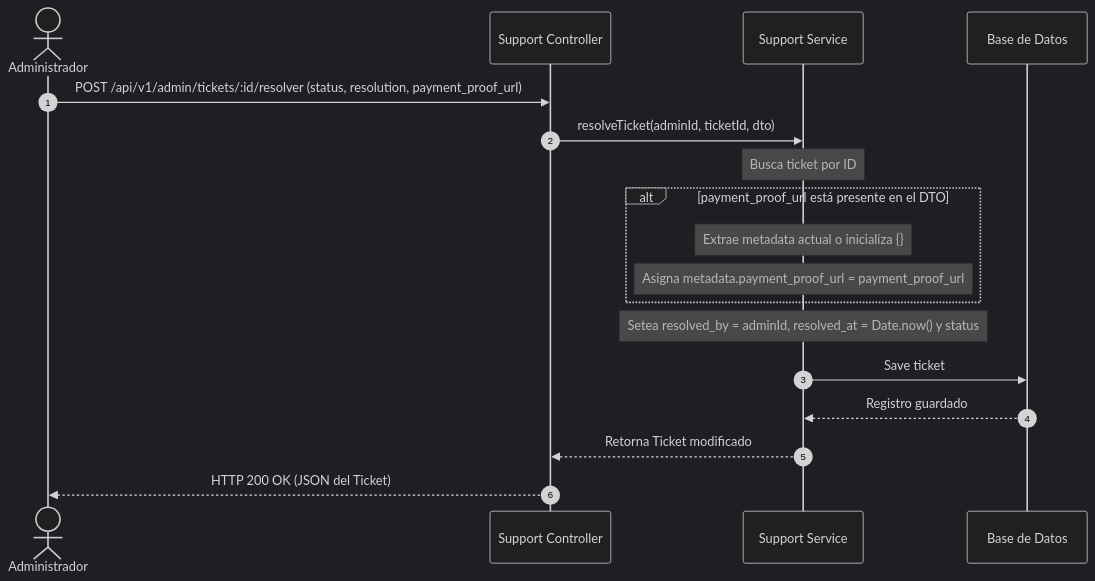
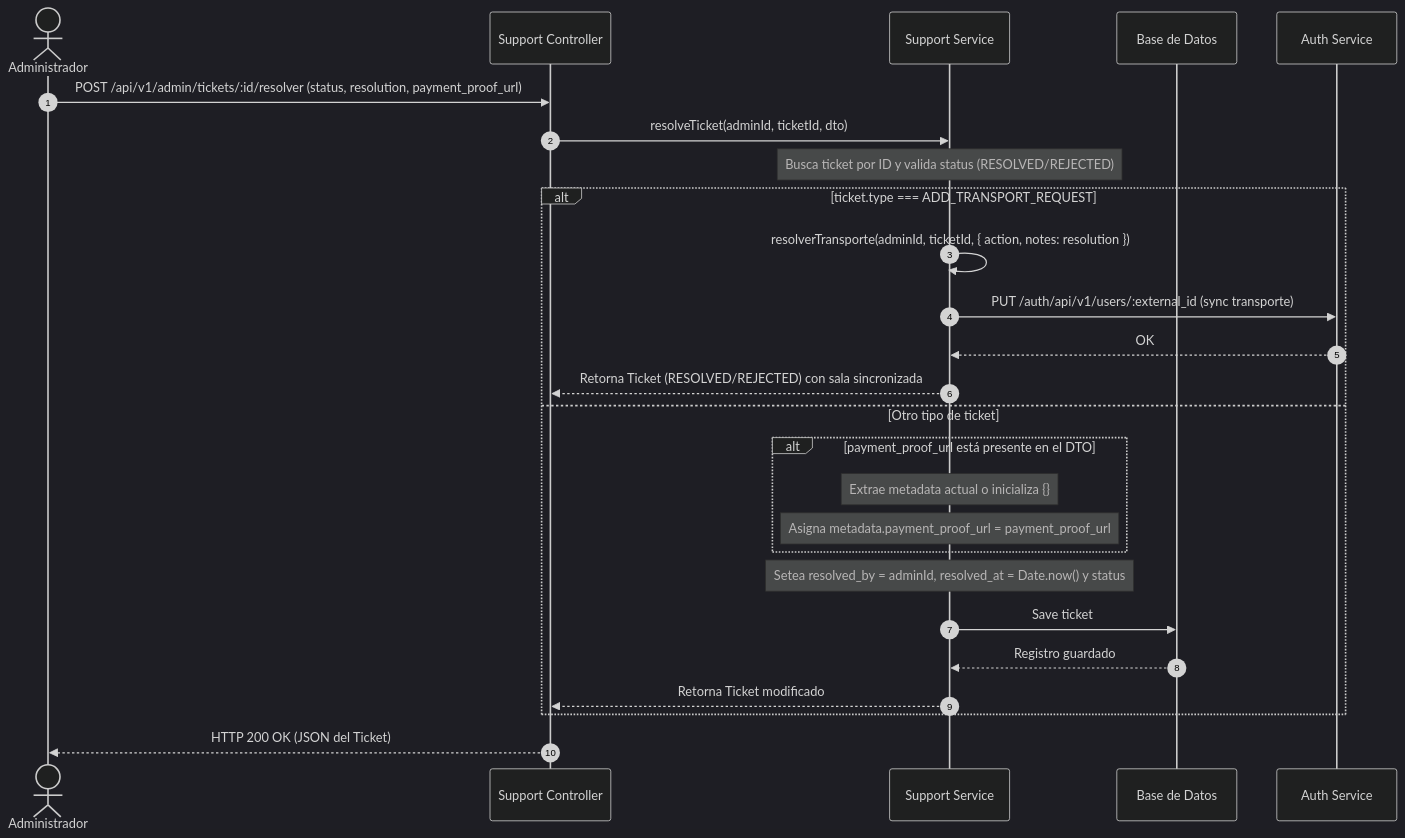
The first of 3 diagrams in docs-src/admin-api.md (start-level-cl/Importal-api-docs), drawn with Mermaid (dark theme) before and after one commit. The commit also changed other lines of this file and 1 other file, not shown here.

Commit message:
docs(support): document ADD_TRANSPORT_REQUEST resolution delegation
Update support-tickets.md and admin-api.md to reflect that resolving
an ADD_TRANSPORT_REQUEST ticket via the generic ticket-resolve
endpoints now correctly delegates to the transport-request resolution
flow, granting room (sala) access via the Auth Service.

````diff
--- a/docs-src/admin-api.md
+++ b/docs-src/admin-api.md
@@ -102,21 +108,29 @@
 ```mermaid
 sequenceDiagram
     autonumber
     actor Admin as Administrador
     participant API as Support Controller
     participant Service as Support Service
     participant DB as Base de Datos
+    participant Auth as Auth Service
 
     Admin->>API: POST /api/v1/admin/tickets/:id/resolver (status, resolution, payment_proof_url)
     API->>Service: resolveTicket(adminId, ticketId, dto)
-    Note over Service: Busca ticket por ID
-    alt payment_proof_url está presente en el DTO
-        Note over Service: Extrae metadata actual o inicializa {}
-        Note over Service: Asigna metadata.payment_proof_url = payment_proof_url
+    Note over Service: Busca ticket por ID y valida status (RESOLVED/REJECTED)
+    alt ticket.type === ADD_TRANSPORT_REQUEST
+        Service->>Service: resolverTransporte(adminId, ticketId, { action, notes: resolution })
+        Service->>Auth: PUT /auth/api/v1/users/:external_id (sync transporte)
+        Auth-->>Service: OK
+        Service-->>API: Retorna Ticket (RESOLVED/REJECTED) con sala sincronizada
+    else Otro tipo de ticket
+        alt payment_proof_url está presente en el DTO
+            Note over Service: Extrae metadata actual o inicializa {}
+            Note over Service: Asigna metadata.payment_proof_url = payment_proof_url
+        end
+        Note over Service: Setea resolved_by = adminId, resolved_at = Date.now() y status
+        Service->>DB: Save ticket
+        DB-->>Service: Registro guardado
+        Service-->>API: Retorna Ticket modificado
     end
-    Note over Service: Setea resolved_by = adminId, resolved_at = Date.now() y status
-    Service->>DB: Save ticket
-    DB-->>Service: Registro guardado
-    Service-->>API: Retorna Ticket modificado
     API-->>Admin: HTTP 200 OK (JSON del Ticket)
 ```
````
